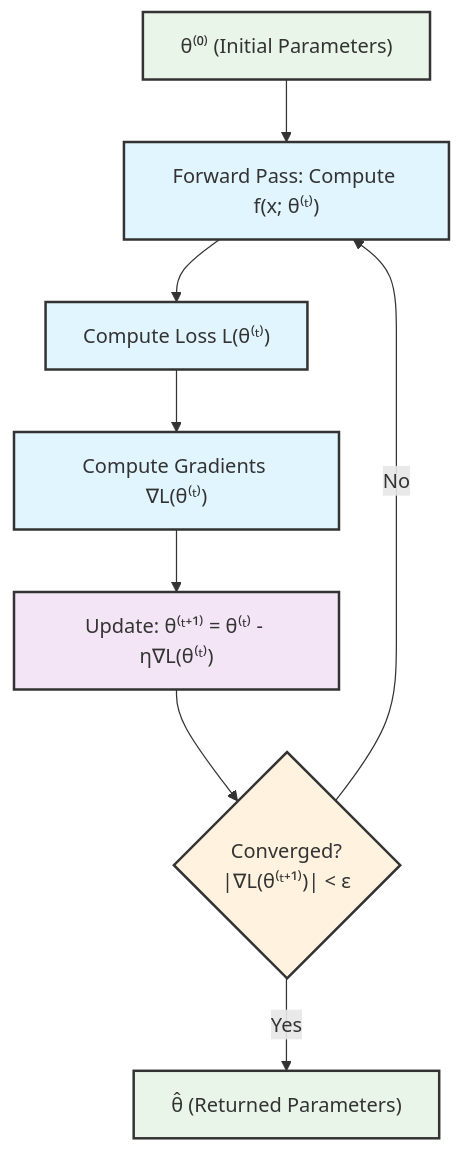
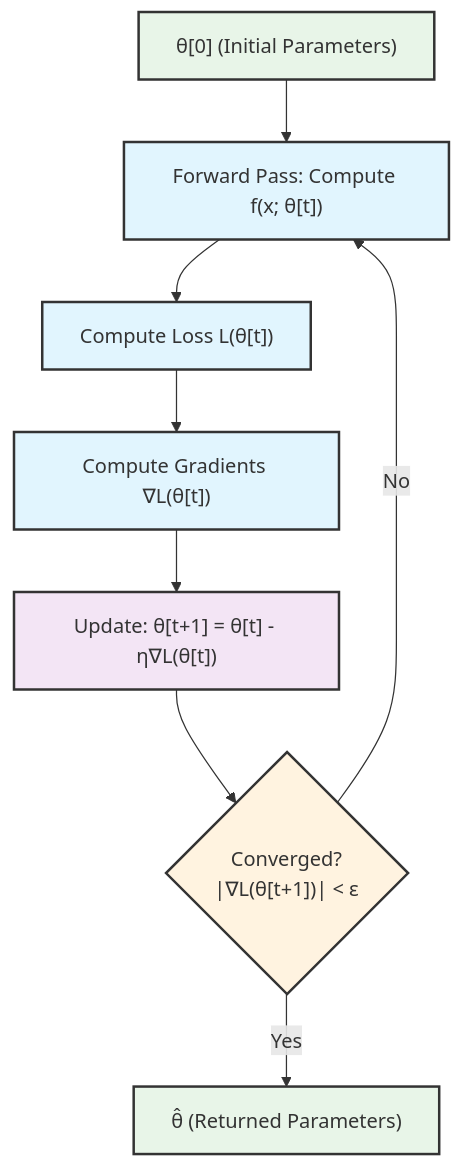
The third of 4 diagrams in feed_forward_nns.qmd (onnokleen/mlmetrics), drawn with Mermaid before and after one commit. The commit also changed other lines of this file and 11 other files, not shown here.

````diff
--- a/feed_forward_nns.qmd
+++ b/feed_forward_nns.qmd
@@ -562,32 +562,32 @@
 ```{mermaid}
 %%| label: fig-gd-process
 %%| fig-cap: "Flowchart of the gradient descent algorithm. Rectangular nodes represent computation steps (forward pass, loss evaluation, gradient computation, parameter update) and the diamond node is the convergence check. The loop continues until the gradient norm falls below a threshold $\\varepsilon$, at which point the current parameters are returned. In a non-convex problem, a small gradient certifies only an approximate stationary point, not a global minimum."
 flowchart TD
     %% Starting point
-    START["θ⁽⁰⁾ (Initial Parameters)"] --> FORWARD["Forward Pass: Compute f(x; θ⁽ᵗ⁾)"]
-    
+    START["θ[0] (Initial Parameters)"] --> FORWARD["Forward Pass: Compute f(x; θ[t])"]
+
     %% Forward computation
-    FORWARD --> LOSS["Compute Loss L(θ⁽ᵗ⁾)"]
-    
+    FORWARD --> LOSS["Compute Loss L(θ[t])"]
+
     %% Gradient computation
-    LOSS --> GRAD["Compute Gradients ∇L(θ⁽ᵗ⁾)"]
-    
+    LOSS --> GRAD["Compute Gradients ∇L(θ[t])"]
+
     %% Parameter update
-    GRAD --> UPDATE["Update: θ⁽ᵗ⁺¹⁾ = θ⁽ᵗ⁾ - η∇L(θ⁽ᵗ⁾)"]
-    
+    GRAD --> UPDATE["Update: θ[t+1] = θ[t] - η∇L(θ[t])"]
+
     %% Convergence check
-    UPDATE --> CHECK{"Converged?<br/>|∇L(θ⁽ᵗ⁺¹⁾)| < ε"}
+    UPDATE --> CHECK{"Converged?<br/>|∇L(θ[t+1])| < ε"}
     CHECK -->|No| FORWARD
     CHECK -->|Yes| OPTIMAL["θ̂ (Returned Parameters)"]
     
     %% Styling
     classDef startend fill:#e8f5e8,stroke:#333,stroke-width:2px
     classDef process fill:#e1f5fe,stroke:#333,stroke-width:2px
     classDef decision fill:#fff3e0,stroke:#333,stroke-width:2px
     classDef update fill:#f3e5f5,stroke:#333,stroke-width:2px
     
     class START,OPTIMAL startend
     class FORWARD,LOSS,GRAD process
     class CHECK decision
     class UPDATE update
 ```
````
